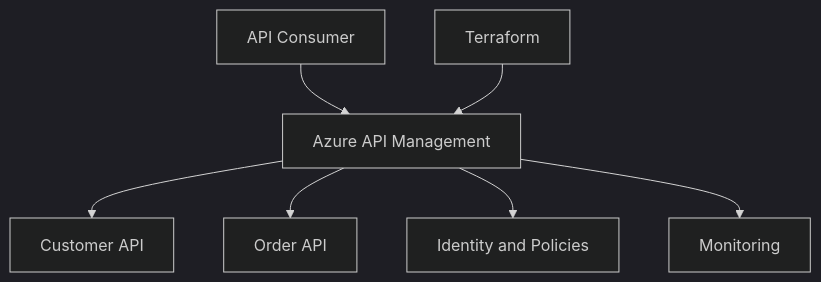
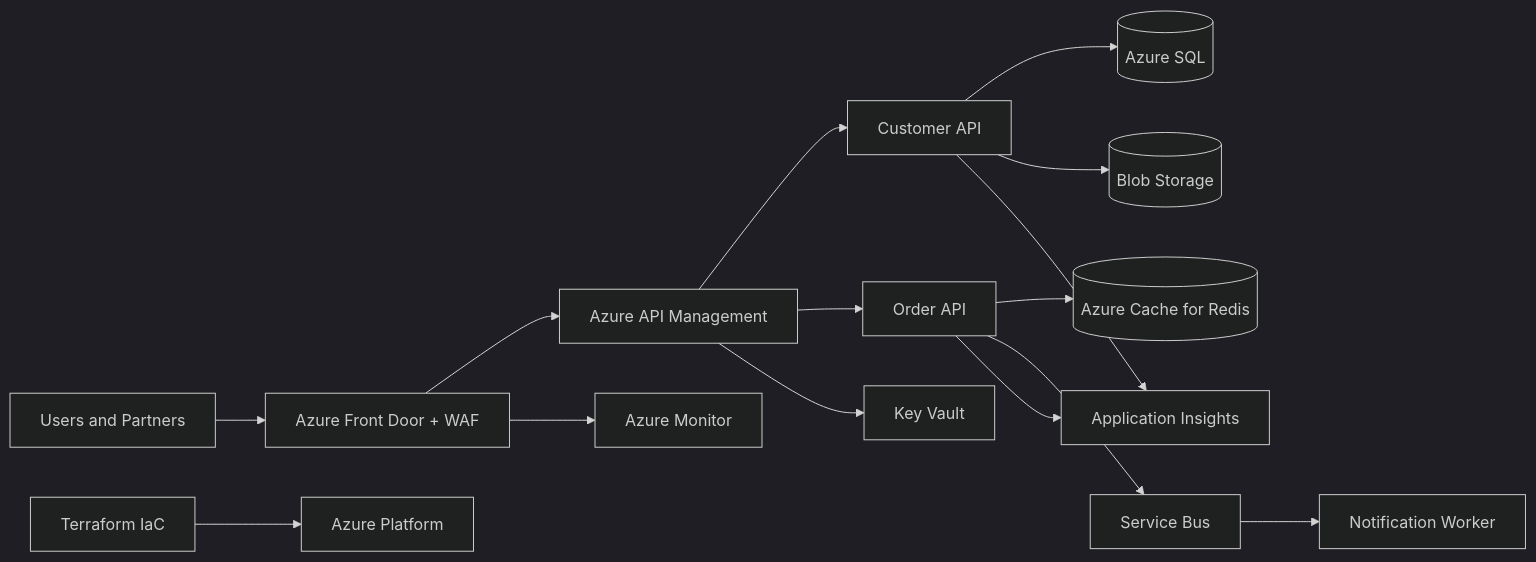
Before and after one commit to pankajdsgithub/azure-api-management-platform: the diagram in README.md, drawn with Mermaid (dark theme). The commit also changed other lines of this file and 46 other files, not shown here.

````diff
--- a/README.md
+++ b/README.md
@@ -15,9 +18,17 @@
 ```mermaid
-flowchart TD
-    Client[API Consumer] --> APIM[Azure API Management]
+flowchart LR
+    User[Users and Partners] --> FD[Azure Front Door + WAF]
+    FD --> APIM[Azure API Management]
     APIM --> Customer[Customer API]
     APIM --> Orders[Order API]
-    APIM --> Security[Identity and Policies]
-    APIM --> Monitor[Monitoring]
-    Terraform[Terraform] --> APIM
+    Customer --> SQL[(Azure SQL)]
+    Orders --> Redis[(Azure Cache for Redis)]
+    Orders --> SB[Service Bus]
+    SB --> Worker[Notification Worker]
+    Customer --> Storage[(Blob Storage)]
+    APIM --> KV[Key Vault]
+    Customer --> AI[Application Insights]
+    Orders --> AI
+    FD --> Monitor[Azure Monitor]
+    Terraform[Terraform IaC] --> Azure[Azure Platform]
 ```
````
